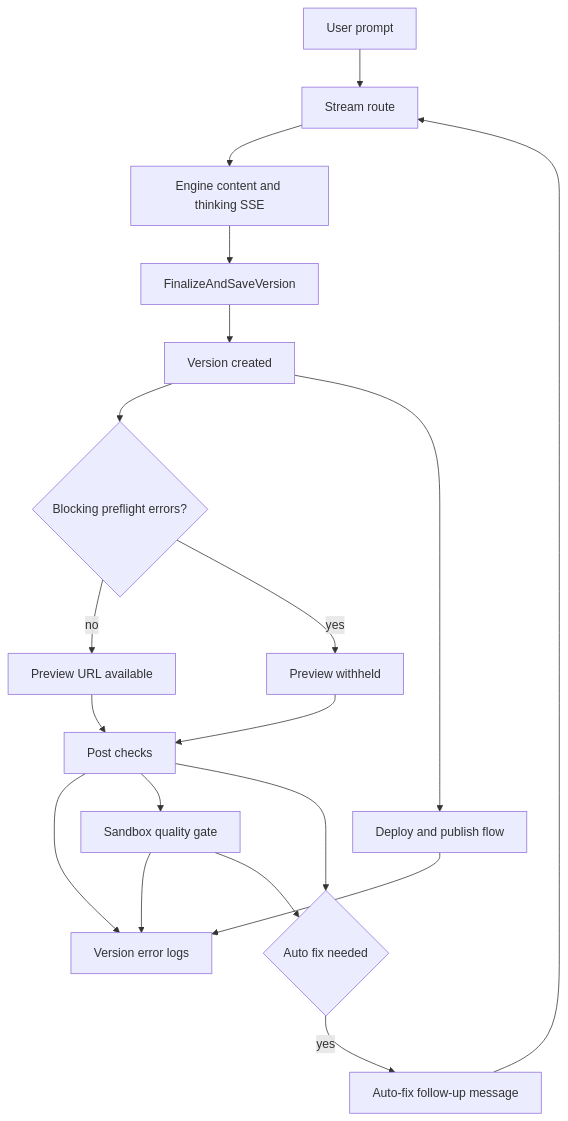
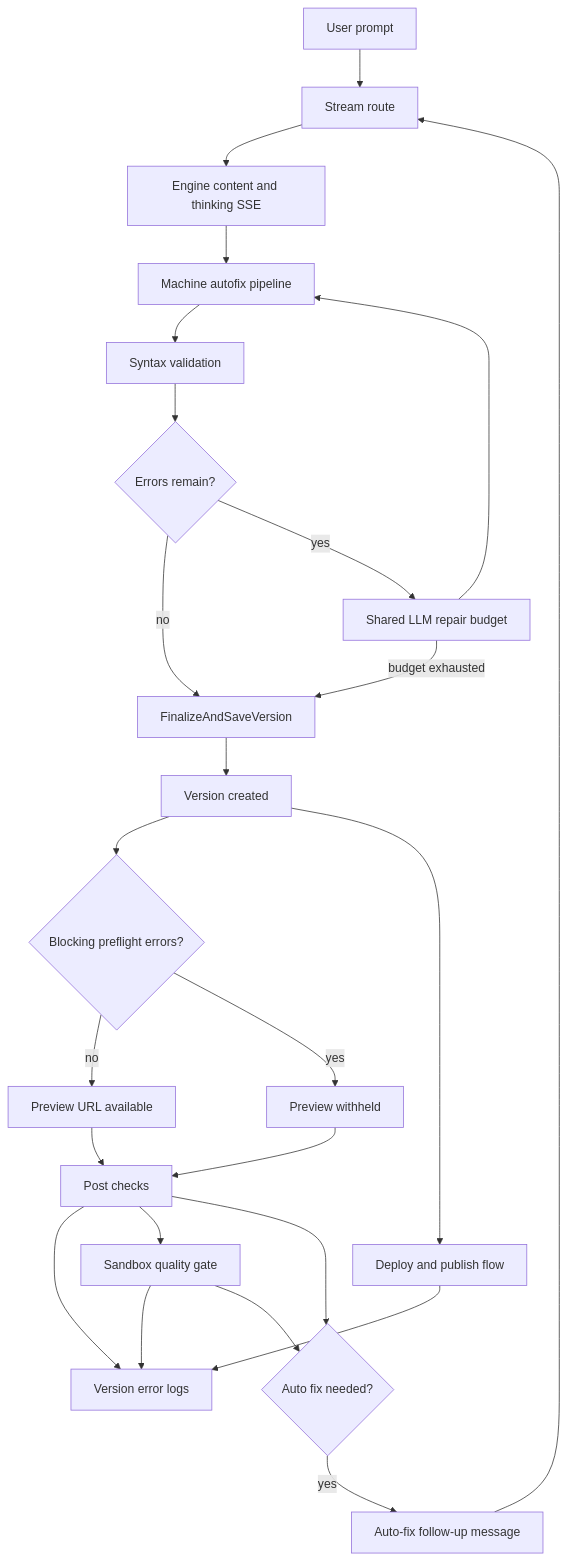
The diagram in docs/architecture/generation-loop-and-error-memory.md (Jakeminator123/sajtmaskin), drawn with Mermaid before and after one commit. The commit also changed other lines of this file and 198 other files, not shown here.

````diff
--- a/docs/architecture/generation-loop-and-error-memory.md
+++ b/docs/architecture/generation-loop-and-error-memory.md
@@ -27,21 +27,27 @@
 ```mermaid
 flowchart TD
   userPrompt[User prompt] --> streamRoute[Stream route]
   streamRoute --> engineStream[Engine content and thinking SSE]
-  engineStream --> finalizeVersion[FinalizeAndSaveVersion]
+  engineStream --> machineAutofix[Machine autofix pipeline]
+  machineAutofix --> syntaxValidation[Syntax validation]
+  syntaxValidation --> broadRepair{Errors remain?}
+  broadRepair -->|no| finalizeVersion[FinalizeAndSaveVersion]
+  broadRepair -->|yes| sharedLlmRepair[Shared LLM repair budget]
+  sharedLlmRepair --> machineAutofix
+  sharedLlmRepair -->|budget exhausted| finalizeVersion
   finalizeVersion --> versionCreated[Version created]
   versionCreated --> previewGate{Blocking preflight errors?}
   previewGate -->|no| previewReady[Preview URL available]
   previewGate -->|yes| previewBlocked[Preview withheld]
   previewReady --> postChecks[Post checks]
   previewBlocked --> postChecks
   postChecks --> errorLogs[Version error logs]
   postChecks --> qualityGate[Sandbox quality gate]
   qualityGate --> errorLogs
-  postChecks --> autoFix{Auto fix needed}
+  postChecks --> autoFix{Auto fix needed?}
   qualityGate --> autoFix
   autoFix -->|yes| autoFixMessage[Auto-fix follow-up message]
   autoFixMessage --> streamRoute
   versionCreated --> deployFlow[Deploy and publish flow]
   deployFlow --> errorLogs
 ```
````
